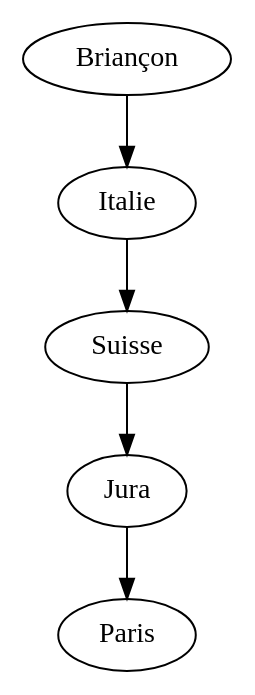
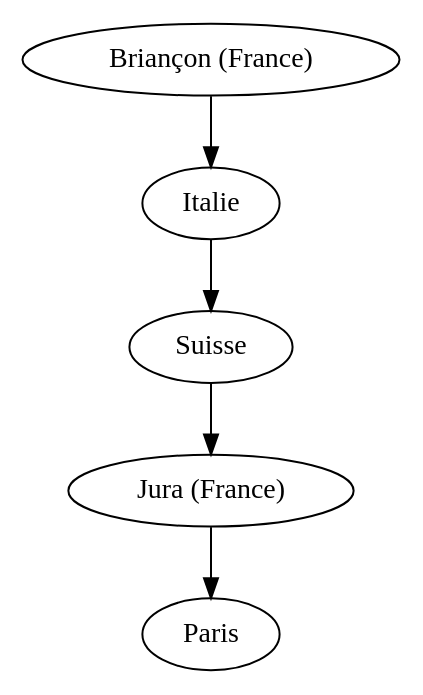
Before and after one commit to Naereen/web-sphinx: the first of 2 diagrams in autostop.fr.rst, drawn with Graphviz. The commit also changed other lines of this file and 3 other files, not shown here.

```diff
--- a/autostop.fr.rst
+++ b/autostop.fr.rst
@@ -30,3 +30,3 @@
 .. digraph:: voyage1
 
-   "Briançon" -> "Italie" -> "Suisse" -> "Jura" -> "Paris";
+   "Briançon (France)" -> "Italie" -> "Suisse" -> "Jura (France)" -> "Paris";
```
